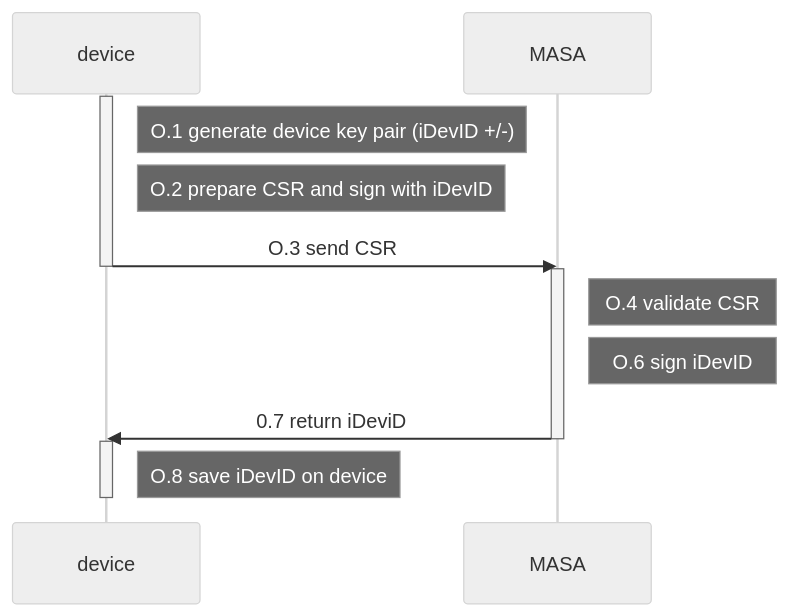
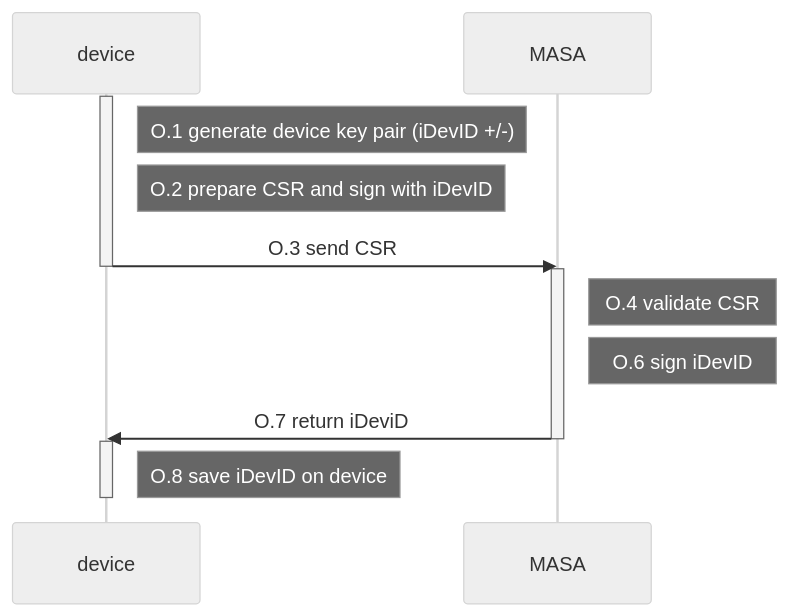
The diagram in packages/docusaurus/docs/build5-docs/80-Factory provisioning/10-factory-intro.md (nqminds/trustnetz), drawn with Mermaid (neutral theme) before and after one commit. The commit also changed other lines of this file and 15 other files, not shown here.

````diff
--- a/packages/docusaurus/docs/build5-docs/80-Factory provisioning/10-factory-intro.md
+++ b/packages/docusaurus/docs/build5-docs/80-Factory provisioning/10-factory-intro.md
@@ -95,21 +75,19 @@
 ```mermaid
-   
 sequenceDiagram
     participant device
     participant MASA
-   
+
     activate device 
     Note right of device: O.1 generate device key pair (iDevID +/-)
     Note right of device: O.2 prepare CSR and sign with iDevID
     device->>-MASA: O.3 send CSR
-  
-  	activate MASA    
+
+    activate MASA    
     Note right of MASA: O.4 validate CSR
     Note right of MASA: O.6 sign iDevID
-    
-    MASA->>-device: 0.7 return iDeviD
+
+    MASA->>-device: O.7 return iDeviD
     activate device 
     Note right of device: O.8 save iDevID on device 
-     deactivate device 
-    
+    deactivate device
 ```
````
